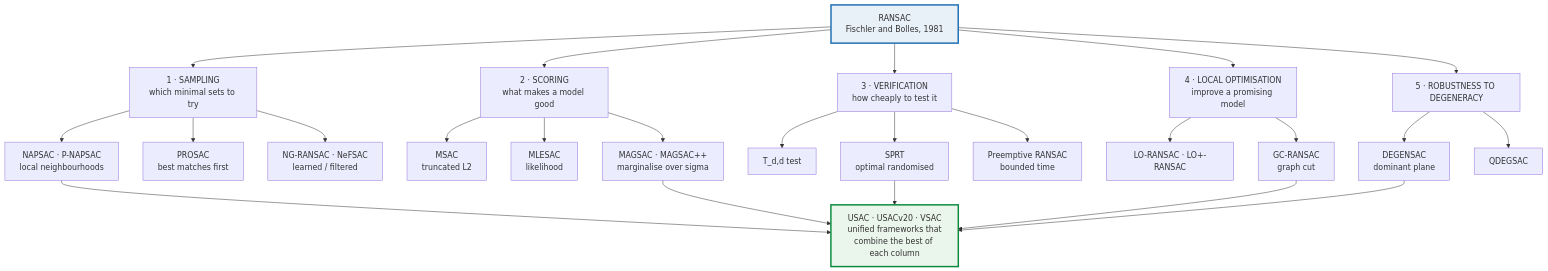
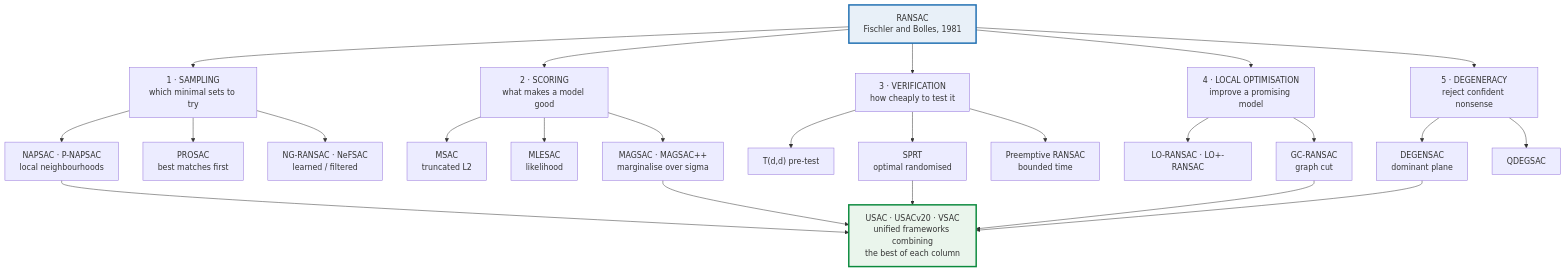
Before and after one commit to Ezharjan/RANSAC: the third of 3 diagrams in RANSAC_Tutorial.md, drawn with Mermaid. The commit also changed other lines of this file and 15 other files, not shown here.

````diff
--- a/RANSAC_Tutorial.md
+++ b/RANSAC_Tutorial.md
@@ -1398,35 +1449,35 @@
 ```mermaid
 flowchart TD
     R["RANSAC<br/>Fischler and Bolles, 1981"] --> S["1 · SAMPLING<br/>which minimal sets to try"]
     R --> Q["2 · SCORING<br/>what makes a model good"]
     R --> V["3 · VERIFICATION<br/>how cheaply to test it"]
     R --> L["4 · LOCAL OPTIMISATION<br/>improve a promising model"]
-    R --> D["5 · ROBUSTNESS TO DEGENERACY"]
+    R --> D["5 · DEGENERACY<br/>reject confident nonsense"]
 
     S --> S1["NAPSAC · P-NAPSAC<br/>local neighbourhoods"]
     S --> S2["PROSAC<br/>best matches first"]
     S --> S3["NG-RANSAC · NeFSAC<br/>learned / filtered"]
 
     Q --> Q1["MSAC<br/>truncated L2"]
     Q --> Q2["MLESAC<br/>likelihood"]
     Q --> Q3["MAGSAC · MAGSAC++<br/>marginalise over sigma"]
 
-    V --> V1["T_d,d test"]
+    V --> V1["T(d,d) pre-test"]
     V --> V2["SPRT<br/>optimal randomised"]
     V --> V3["Preemptive RANSAC<br/>bounded time"]
 
     L --> L1["LO-RANSAC · LO+-RANSAC"]
     L --> L2["GC-RANSAC<br/>graph cut"]
 
     D --> D1["DEGENSAC<br/>dominant plane"]
     D --> D2["QDEGSAC"]
 
-    S1 --> U["USAC · USACv20 · VSAC<br/>unified frameworks that<br/>combine the best of each column"]
+    S1 --> U["USAC · USACv20 · VSAC<br/>unified frameworks combining<br/>the best of each column"]
     Q3 --> U
     V2 --> U
     L2 --> U
     D1 --> U
 
     style R fill:#e8f0f8,stroke:#1f6fb2,stroke-width:3px
     style U fill:#eaf5ec,stroke:#0b8a3d,stroke-width:3px
 ```
````
